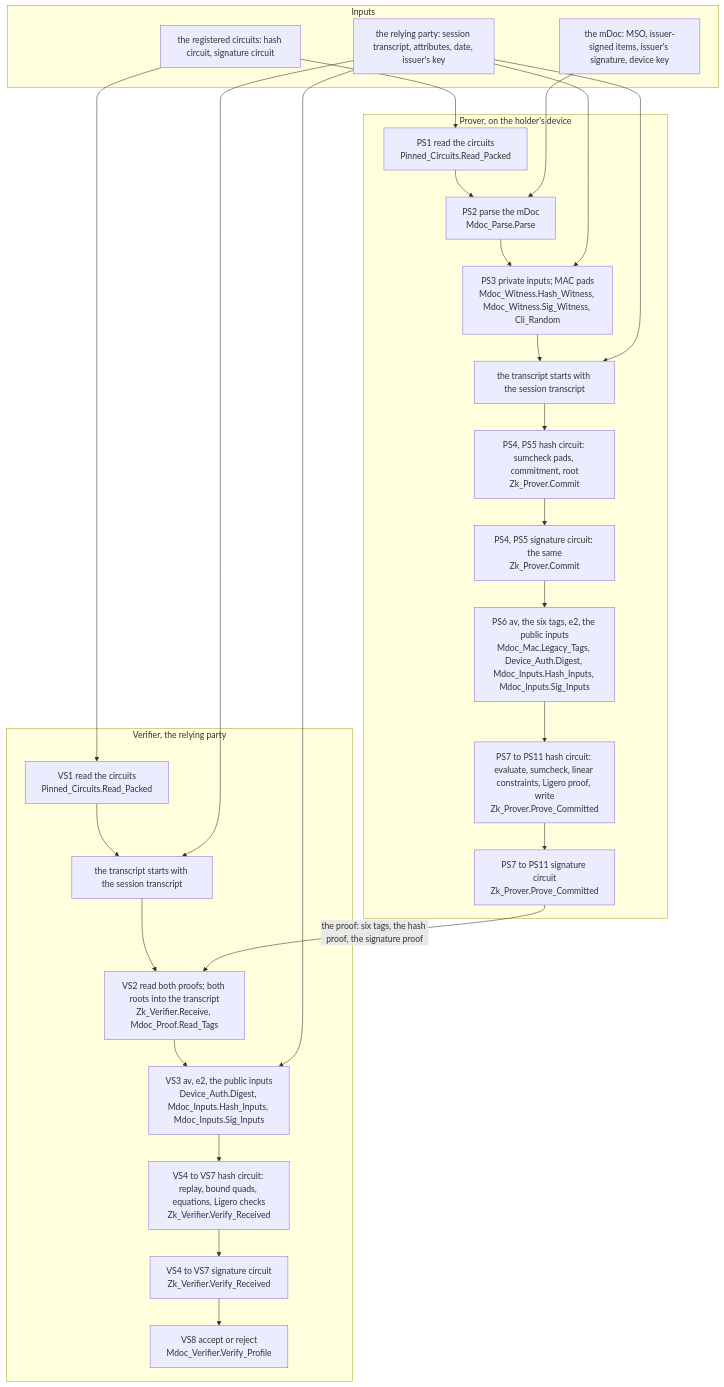
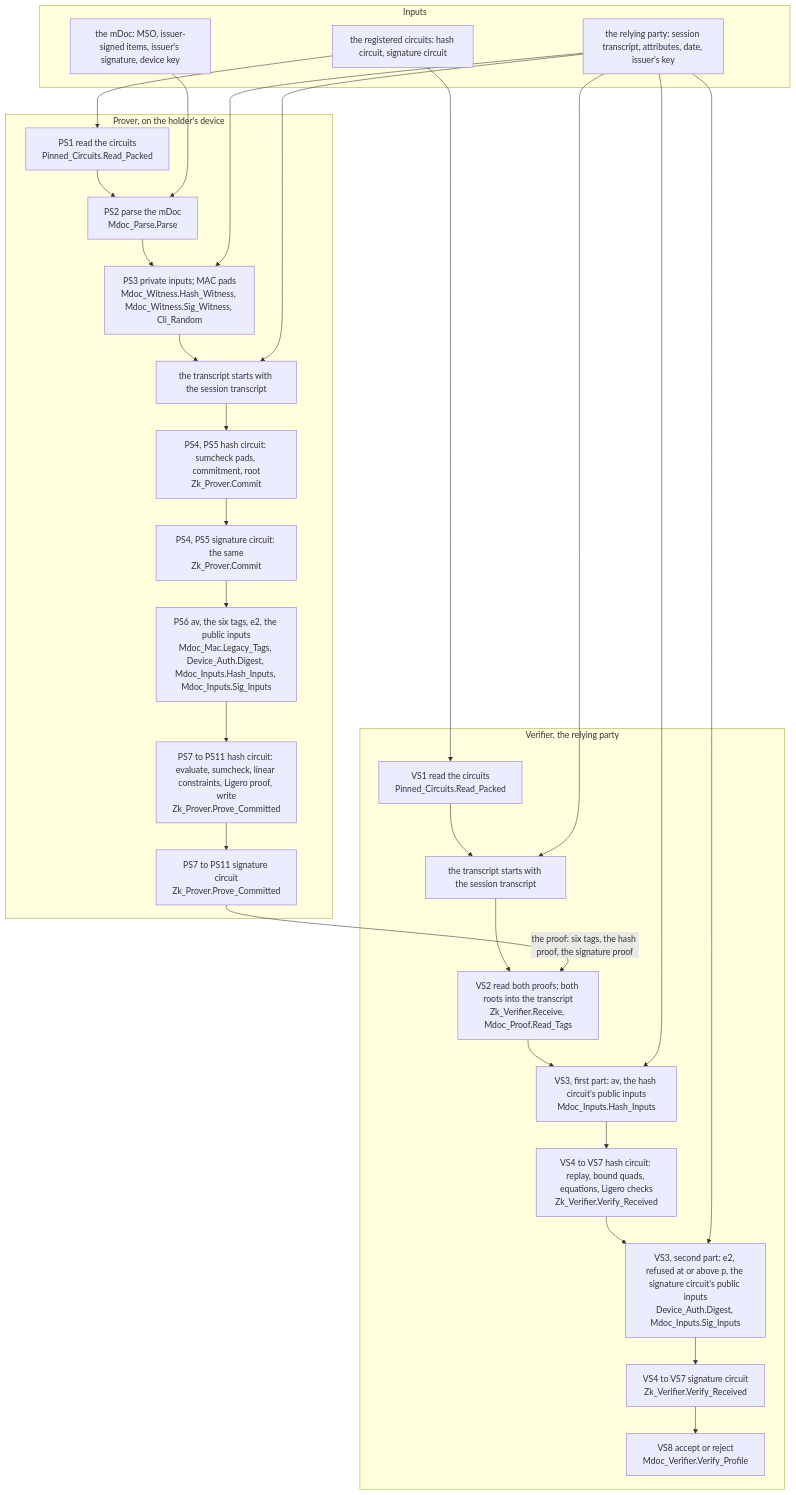
Before and after one commit to cyberverso-net/longfellow-spark: the diagram in docs/guide/system-map.md, drawn with Mermaid. The commit also changed other lines of this file and 8 other files, not shown here.

````diff
--- a/docs/guide/system-map.md
+++ b/docs/guide/system-map.md
@@ -9,39 +9,41 @@
 ```mermaid
 flowchart TB
   subgraph IN["Inputs"]
     MDOC["the mDoc: MSO, issuer-signed items, issuer's signature, device key"]
     RP["the relying party: session transcript, attributes, date, issuer's key"]
     CIRC["the registered circuits: hash circuit, signature circuit"]
   end
   subgraph PR["Prover, on the holder's device"]
     PS1["PS1 read the circuits<br/>Pinned_Circuits.Read_Packed"]
     PS2["PS2 parse the mDoc<br/>Mdoc_Parse.Parse"]
     PS3["PS3 private inputs; MAC pads<br/>Mdoc_Witness.Hash_Witness, Mdoc_Witness.Sig_Witness, Cli_Random"]
     TR0["the transcript starts with the session transcript"]
     PS4__PS5__H["PS4, PS5 hash circuit: sumcheck pads, commitment, root<br/>Zk_Prover.Commit"]
     PS4__PS5__S["PS4, PS5 signature circuit: the same<br/>Zk_Prover.Commit"]
     PS6["PS6 av, the six tags, e2, the public inputs<br/>Mdoc_Mac.Legacy_Tags, Device_Auth.Digest, Mdoc_Inputs.Hash_Inputs, Mdoc_Inputs.Sig_Inputs"]
     PS7__PS8__PS9__PS10__PS11__H["PS7 to PS11 hash circuit: evaluate, sumcheck, linear constraints, Ligero proof, write<br/>Zk_Prover.Prove_Committed"]
     PS7__PS8__PS9__PS10__PS11__S["PS7 to PS11 signature circuit<br/>Zk_Prover.Prove_Committed"]
     PS1 --> PS2 --> PS3 --> TR0 --> PS4__PS5__H --> PS4__PS5__S --> PS6
     PS6 --> PS7__PS8__PS9__PS10__PS11__H --> PS7__PS8__PS9__PS10__PS11__S
   end
   subgraph VE["Verifier, the relying party"]
     VS1["VS1 read the circuits<br/>Pinned_Circuits.Read_Packed"]
     TR1["the transcript starts with the session transcript"]
     VS2["VS2 read both proofs; both roots into the transcript<br/>Zk_Verifier.Receive, Mdoc_Proof.Read_Tags"]
-    VS3["VS3 av, e2, the public inputs<br/>Device_Auth.Digest, Mdoc_Inputs.Hash_Inputs, Mdoc_Inputs.Sig_Inputs"]
+    VS3__H["VS3, first part: av, the hash circuit's public inputs<br/>Mdoc_Inputs.Hash_Inputs"]
+    VS3__S["VS3, second part: e2, refused at or above p, the signature circuit's public inputs<br/>Device_Auth.Digest, Mdoc_Inputs.Sig_Inputs"]
     VS4__VS5__VS6__VS7__H["VS4 to VS7 hash circuit: replay, bound quads, equations, Ligero checks<br/>Zk_Verifier.Verify_Received"]
     VS4__VS5__VS6__VS7__S["VS4 to VS7 signature circuit<br/>Zk_Verifier.Verify_Received"]
     VS8["VS8 accept or reject<br/>Mdoc_Verifier.Verify_Profile"]
-    VS1 --> TR1 --> VS2 --> VS3 --> VS4__VS5__VS6__VS7__H --> VS4__VS5__VS6__VS7__S --> VS8
+    VS1 --> TR1 --> VS2 --> VS3__H --> VS4__VS5__VS6__VS7__H --> VS3__S --> VS4__VS5__VS6__VS7__S --> VS8
   end
   CIRC --> PS1
   CIRC --> VS1
   MDOC --> PS2
   RP --> PS3
   RP --> TR0
   RP --> TR1
-  RP --> VS3
+  RP --> VS3__H
+  RP --> VS3__S
   PS7__PS8__PS9__PS10__PS11__S -- "the proof: six tags, the hash proof, the signature proof" --> VS2
 ```
````
